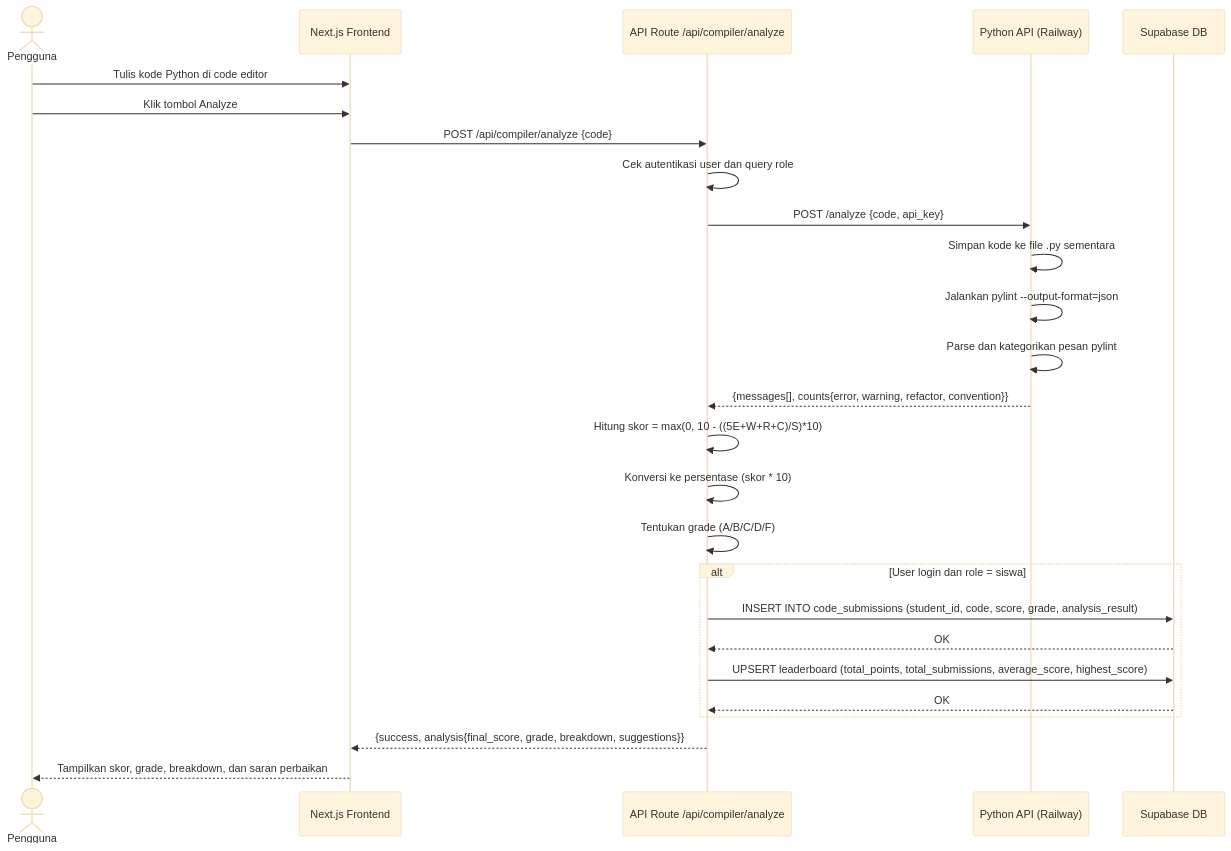
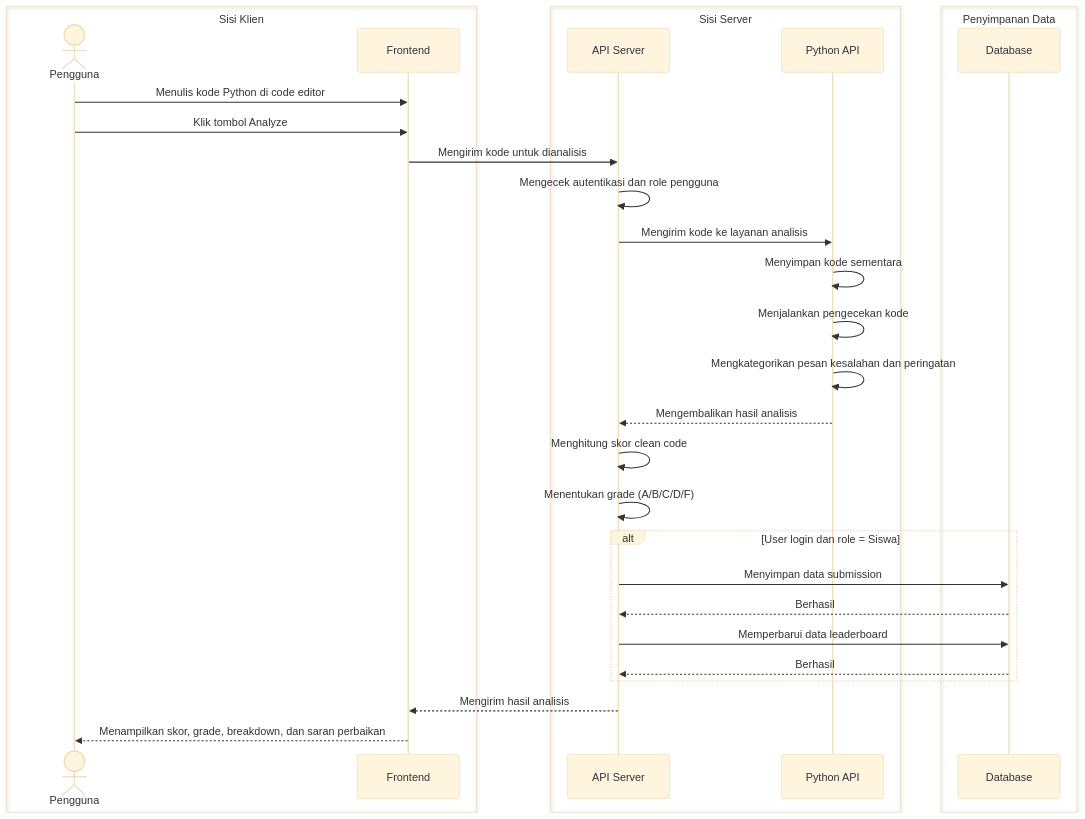
Before and after one commit to solikhulmauludin22014-ops/CLING: diagram 16 of 25 in DIAGRAMS.md, drawn with Mermaid (base theme). The commit also changed other lines of this file and 5 other files, not shown here.

Commit message:
update kategori skor clean code: Sangat Terampil, Terampil, Cukup Terampil, Kurang Terampil, Tidak Terampil

````diff
--- a/DIAGRAMS.md
+++ b/DIAGRAMS.md
@@ -732,29 +744,34 @@
 ```mermaid
 sequenceDiagram
-    actor User as Pengguna
-    participant FE as Next.js Frontend
-    participant API as API Route /api/compiler/analyze
-    participant PY as Python API (Railway)
-    participant DB as Supabase DB
+    box Sisi Klien
+        actor User as Pengguna
+        participant FE as Frontend
+    end
+    box Sisi Server
+        participant API as API Server
+        participant PY as Python API
+    end
+    box Penyimpanan Data
+        participant DB as Database
+    end
 
-    User->>FE: Tulis kode Python di code editor
+    User->>FE: Menulis kode Python di code editor
     User->>FE: Klik tombol Analyze
-    FE->>API: POST /api/compiler/analyze {code}
-    API->>API: Cek autentikasi user dan query role
-    API->>PY: POST /analyze {code, api_key}
-    PY->>PY: Simpan kode ke file .py sementara
-    PY->>PY: Jalankan pylint --output-format=json
-    PY->>PY: Parse dan kategorikan pesan pylint
-    PY-->>API: {messages[], counts{error, warning, refactor, convention}}
-    API->>API: Hitung skor = max(0, 10 - ((5E+W+R+C)/S)*10)
-    API->>API: Konversi ke persentase (skor * 10)
-    API->>API: Tentukan grade (A/B/C/D/F)
-    alt User login dan role = siswa
-        API->>DB: INSERT INTO code_submissions (student_id, code, score, grade, analysis_result)
-        DB-->>API: OK
-        API->>DB: UPSERT leaderboard (total_points, total_submissions, average_score, highest_score)
-        DB-->>API: OK
+    FE->>API: Mengirim kode untuk dianalisis
+    API->>API: Mengecek autentikasi dan role pengguna
+    API->>PY: Mengirim kode ke layanan analisis
+    PY->>PY: Menyimpan kode sementara
+    PY->>PY: Menjalankan pengecekan kode
+    PY->>PY: Mengkategorikan pesan kesalahan dan peringatan
+    PY-->>API: Mengembalikan hasil analisis
+    API->>API: Menghitung skor clean code
+    API->>API: Menentukan grade (A/B/C/D/F)
+    alt User login dan role = Siswa
+        API->>DB: Menyimpan data submission
+        DB-->>API: Berhasil
+        API->>DB: Memperbarui data leaderboard
+        DB-->>API: Berhasil
     end
-    API-->>FE: {success, analysis{final_score, grade, breakdown, suggestions}}
-    FE-->>User: Tampilkan skor, grade, breakdown, dan saran perbaikan
+    API-->>FE: Mengirim hasil analisis
+    FE-->>User: Menampilkan skor, grade, breakdown, dan saran perbaikan
 ```
````
